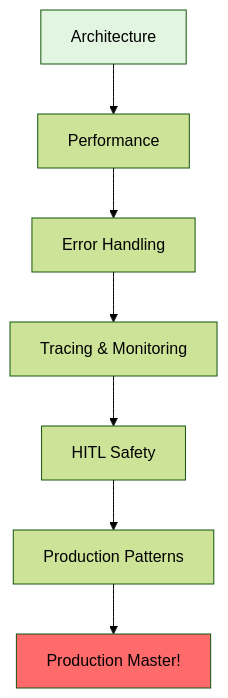
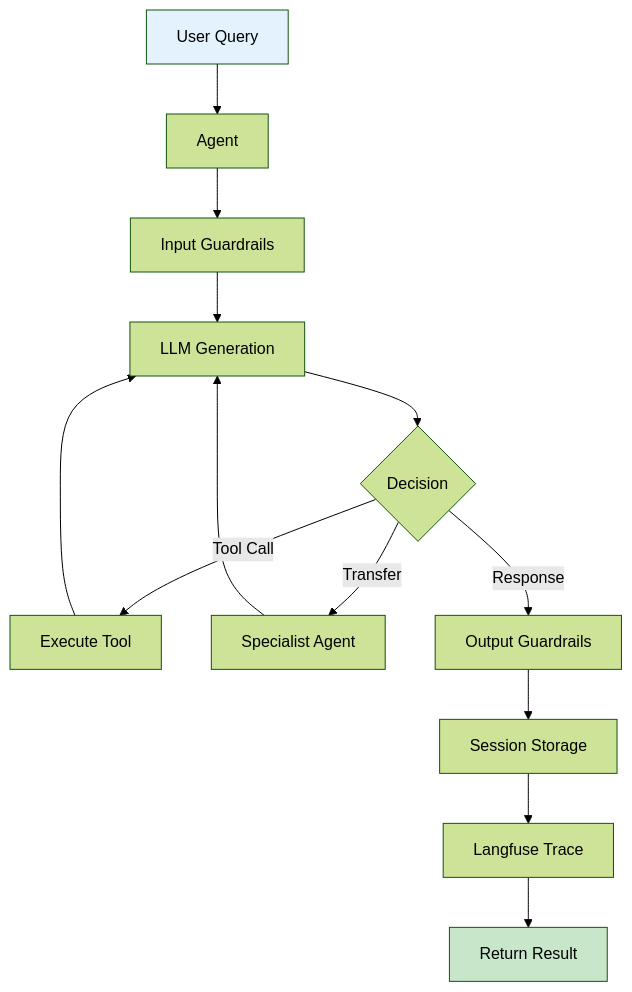
Before and after one commit to Manoj-tawk/tawk-agents-sdk: the third of 3 diagrams in docs/README.md, drawn with Mermaid (forest theme). The commit also changed other lines of this file and 32 other files, not shown here.

````diff
--- a/docs/README.md
+++ b/docs/README.md
@@ -242,12 +189,21 @@
 ```mermaid
 graph TD
-    A[Architecture] --> B[Performance]
-    B --> C[Error Handling]
-    C --> D[Tracing & Monitoring]
-    D --> E[HITL Safety]
-    E --> F[Production Patterns]
-    F --> G[Production Master!]
+    A[User Query] --> B[Agent]
+    B --> C[Input Guardrails]
+    C --> D[LLM Generation]
+    D --> E{Decision}
     
-    style A fill:#e1f5e1
-    style G fill:#ff6b6b
+    E -->|Tool Call| F[Execute Tool]
+    E -->|Transfer| G[Specialist Agent]
+    E -->|Response| H[Output Guardrails]
+    
+    F --> D
+    G --> D
+    
+    H --> I[Session Storage]
+    I --> J[Langfuse Trace]
+    J --> K[Return Result]
+    
+    style A fill:#e3f2fd
+    style K fill:#c8e6c9
 ```
````
